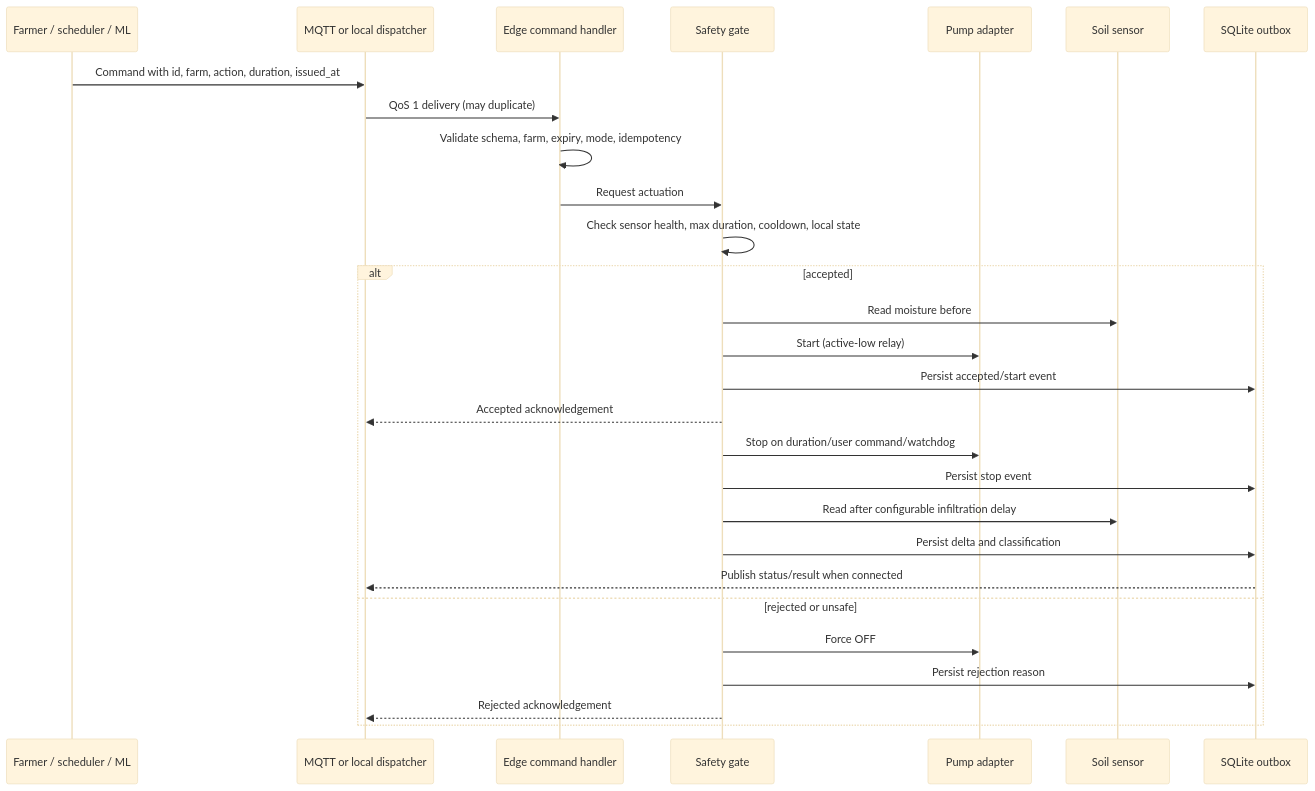
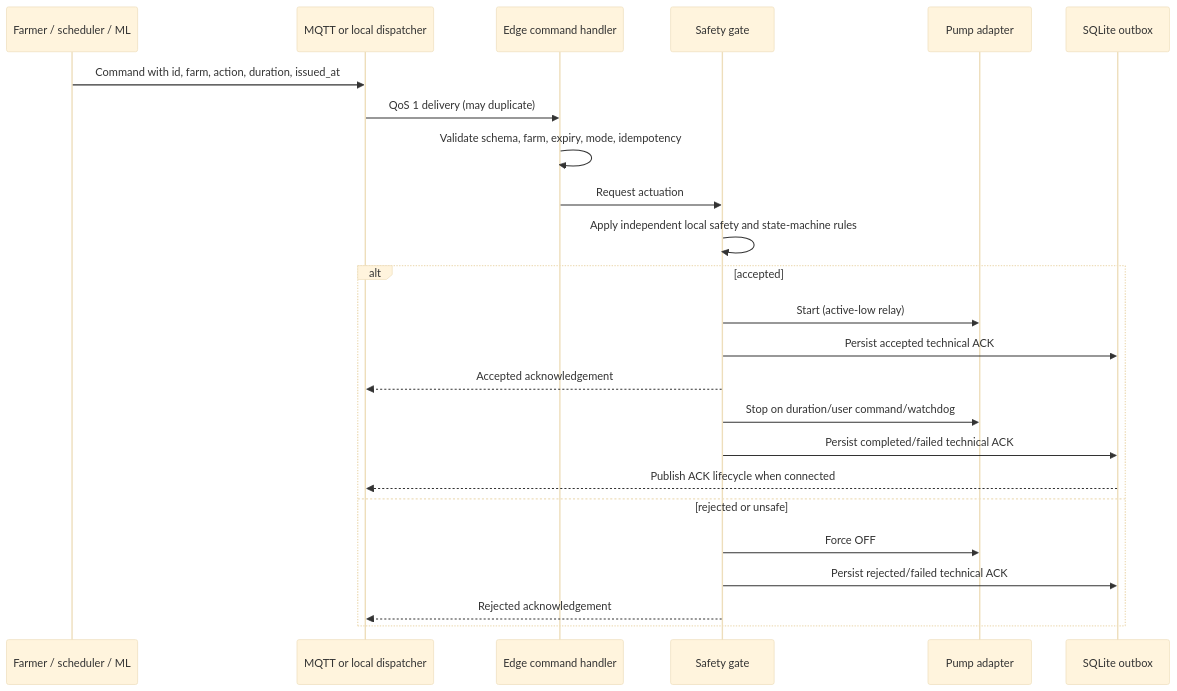
The second of 2 diagrams in docs/architecture/system-overview.md (waelzouari/AgriMind), drawn with Mermaid (base theme) before and after one commit. The commit also changed other lines of this file and 4 other files, not shown here.

````diff
--- a/docs/architecture/system-overview.md
+++ b/docs/architecture/system-overview.md
@@ -52,31 +52,27 @@
 ```mermaid
 sequenceDiagram
   participant U as Farmer / scheduler / ML
   participant B as MQTT or local dispatcher
   participant E as Edge command handler
   participant G as Safety gate
   participant P as Pump adapter
-  participant S as Soil sensor
   participant O as SQLite outbox
 
   U->>B: Command with id, farm, action, duration, issued_at
   B->>E: QoS 1 delivery (may duplicate)
   E->>E: Validate schema, farm, expiry, mode, idempotency
   E->>G: Request actuation
-  G->>G: Check sensor health, max duration, cooldown, local state
+  G->>G: Apply independent local safety and state-machine rules
   alt accepted
-    G->>S: Read moisture before
     G->>P: Start (active-low relay)
-    G->>O: Persist accepted/start event
+    G->>O: Persist accepted technical ACK
     G-->>B: Accepted acknowledgement
     G->>P: Stop on duration/user command/watchdog
-    G->>O: Persist stop event
-    G->>S: Read after configurable infiltration delay
-    G->>O: Persist delta and classification
-    O-->>B: Publish status/result when connected
+    G->>O: Persist completed/failed technical ACK
+    O-->>B: Publish ACK lifecycle when connected
   else rejected or unsafe
     G->>P: Force OFF
-    G->>O: Persist rejection reason
+    G->>O: Persist rejected/failed technical ACK
     G-->>B: Rejected acknowledgement
   end
 ```
````
